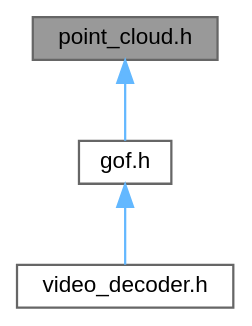
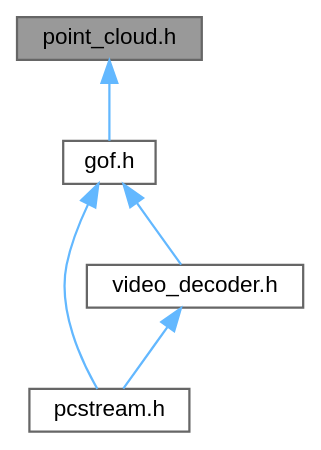
One commit to QuangNguyenLong/pcstream changed the diagram in point__cloud_8h__dep__incl.dot. Above: the diagram before and after it, drawn with Graphviz. The commit also changed 88 other files, not shown here.

```diff
--- a/point__cloud_8h__dep__incl.dot
+++ b/point__cloud_8h__dep__incl.dot
@@ -1,12 +1,15 @@
 digraph "point_cloud.h"
 {
  // LATEX_PDF_SIZE
   bgcolor="transparent";
   edge [fontname=Helvetica,fontsize=10,labelfontname=Helvetica,labelfontsize=10];
   node [fontname=Helvetica,fontsize=10,shape=box,height=0.2,width=0.4];
   Node1 [id="Node000001",label="point_cloud.h",height=0.2,width=0.4,color="gray40", fillcolor="grey60", style="filled", fontcolor="black",tooltip=" "];
   Node1 -> Node2 [id="edge1_Node000001_Node000002",dir="back",color="steelblue1",style="solid",tooltip=" "];
   Node2 [id="Node000002",label="gof.h",height=0.2,width=0.4,color="grey40", fillcolor="white", style="filled",URL="$gof_8h.html",tooltip=" "];
   Node2 -> Node3 [id="edge2_Node000002_Node000003",dir="back",color="steelblue1",style="solid",tooltip=" "];
-  Node3 [id="Node000003",label="video_decoder.h",height=0.2,width=0.4,color="grey40", fillcolor="white", style="filled",URL="$video__decoder_8h.html",tooltip=" "];
+  Node3 [id="Node000003",label="pcstream.h",height=0.2,width=0.4,color="grey40", fillcolor="white", style="filled",URL="$pcstream_8h.html",tooltip=" "];
+  Node2 -> Node4 [id="edge3_Node000002_Node000004",dir="back",color="steelblue1",style="solid",tooltip=" "];
+  Node4 [id="Node000004",label="video_decoder.h",height=0.2,width=0.4,color="grey40", fillcolor="white", style="filled",URL="$video__decoder_8h.html",tooltip=" "];
+  Node4 -> Node3 [id="edge4_Node000004_Node000003",dir="back",color="steelblue1",style="solid",tooltip=" "];
 }
```
